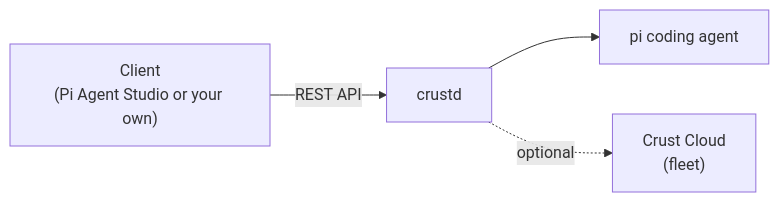
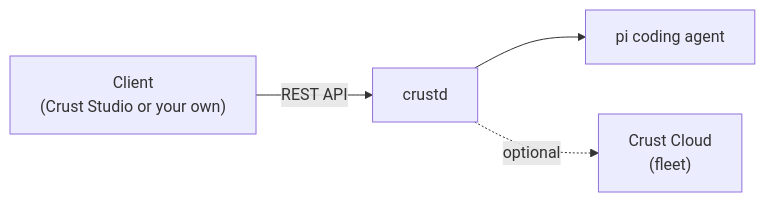
One commit to crusthq/.github changed the diagram in profile/README.md. Above: the diagram before and after it, drawn with Mermaid.

Commit message:
Update client name in README.md

````diff
--- a/profile/README.md
+++ b/profile/README.md
@@ -17,6 +17,6 @@
 ```mermaid
 flowchart LR
-    client["Client<br/>(Pi Agent Studio or your own)"] -- REST API --> crustd["crustd"]
+    client["Client<br/>(Crust Studio or your own)"] -- REST API --> crustd["crustd"]
     crustd --> pi["pi coding agent"]
     crustd -. optional .-> cloud["Crust Cloud<br/>(fleet)"]
 ```
````
